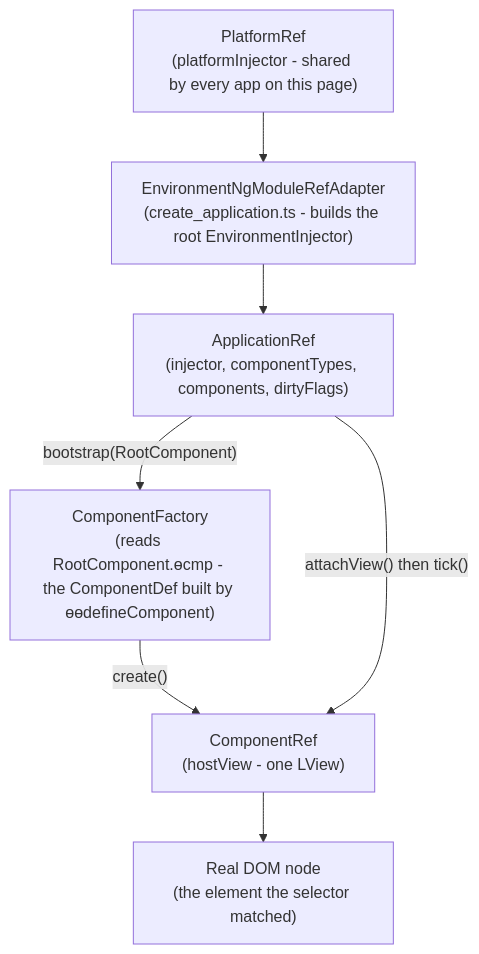
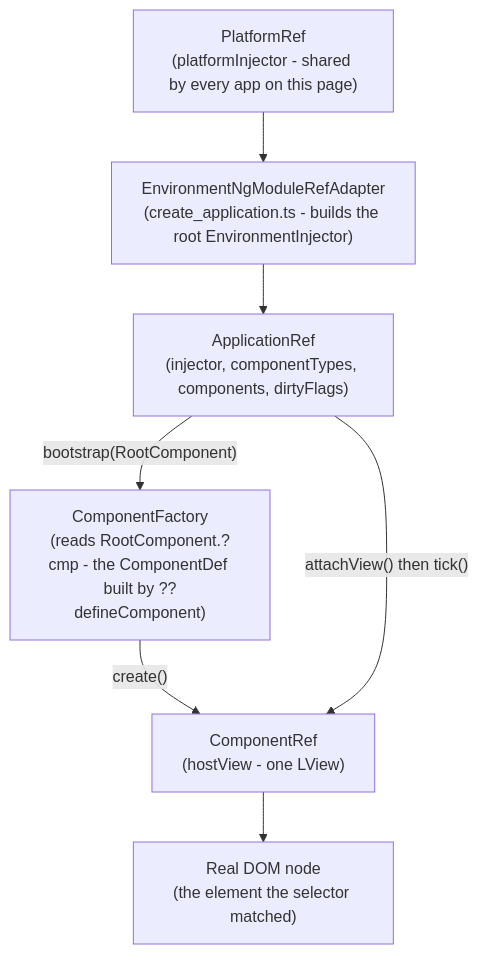
One commit to mayurjp/dev-blog changed the first of 3 diagrams in _posts/2026-05-28-angular-bootstrap-sequence-ivy-render-functions.md. Above: the diagram before and after it, drawn with Mermaid. The commit also changed other lines of this file and 383 other files, not shown here.

````diff
--- a/_posts/2026-05-28-angular-bootstrap-sequence-ivy-render-functions.md
+++ b/_posts/2026-05-28-angular-bootstrap-sequence-ivy-render-functions.md
@@ -31,9 +33,9 @@
 ```mermaid
 flowchart TD
     Platform["PlatformRef<br/>(platformInjector - shared by every app on this page)"] --> Adapter["EnvironmentNgModuleRefAdapter<br/>(create_application.ts - builds the root EnvironmentInjector)"]
     Adapter --> AppRef["ApplicationRef<br/>(injector, componentTypes, components, dirtyFlags)"]
-    AppRef -->|"bootstrap(RootComponent)"| Factory["ComponentFactory<br/>(reads RootComponent.ɵcmp - the ComponentDef built by ɵɵdefineComponent)"]
+    AppRef -->|"bootstrap(RootComponent)"| Factory["ComponentFactory<br/>(reads RootComponent.?cmp - the ComponentDef built by ??defineComponent)"]
     Factory -->|"create()"| CompRef["ComponentRef<br/>(hostView - one LView)"]
     AppRef -->|"attachView() then tick()"| CompRef
     CompRef --> DOM["Real DOM node<br/>(the element the selector matched)"]
 ```
````
